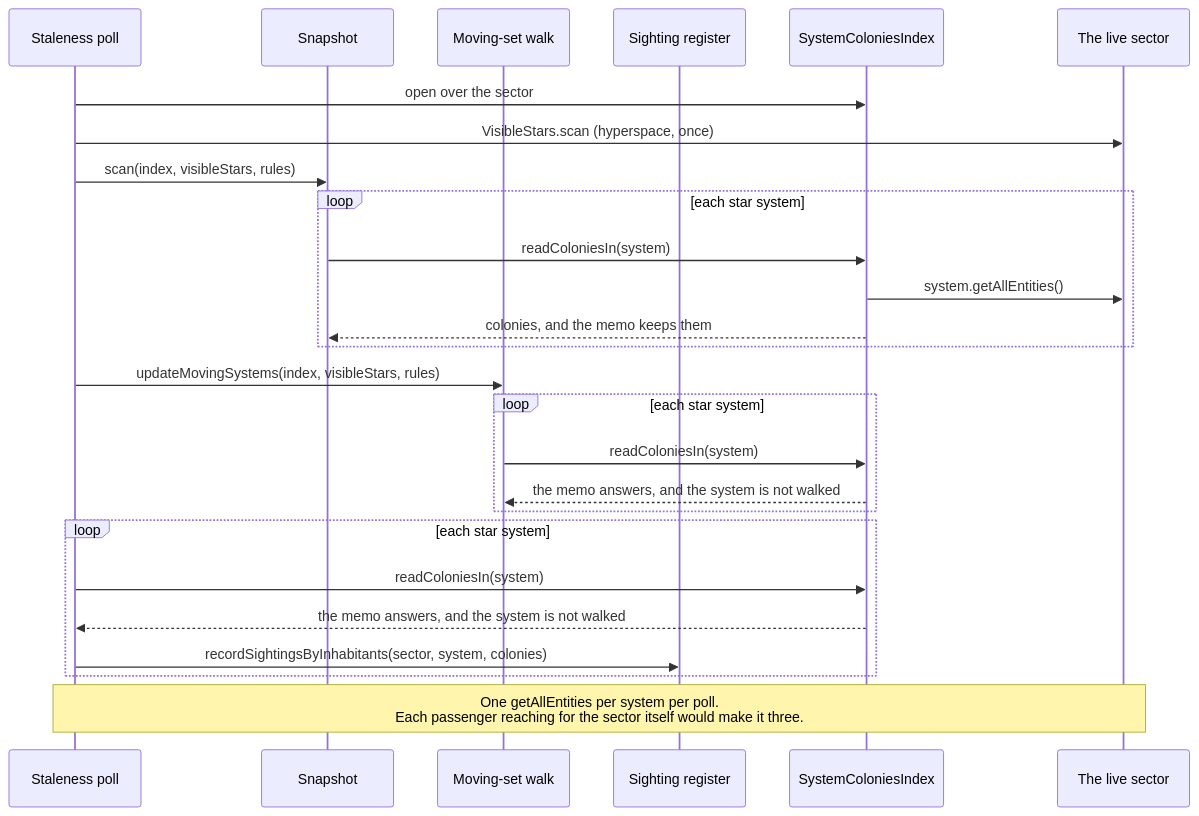
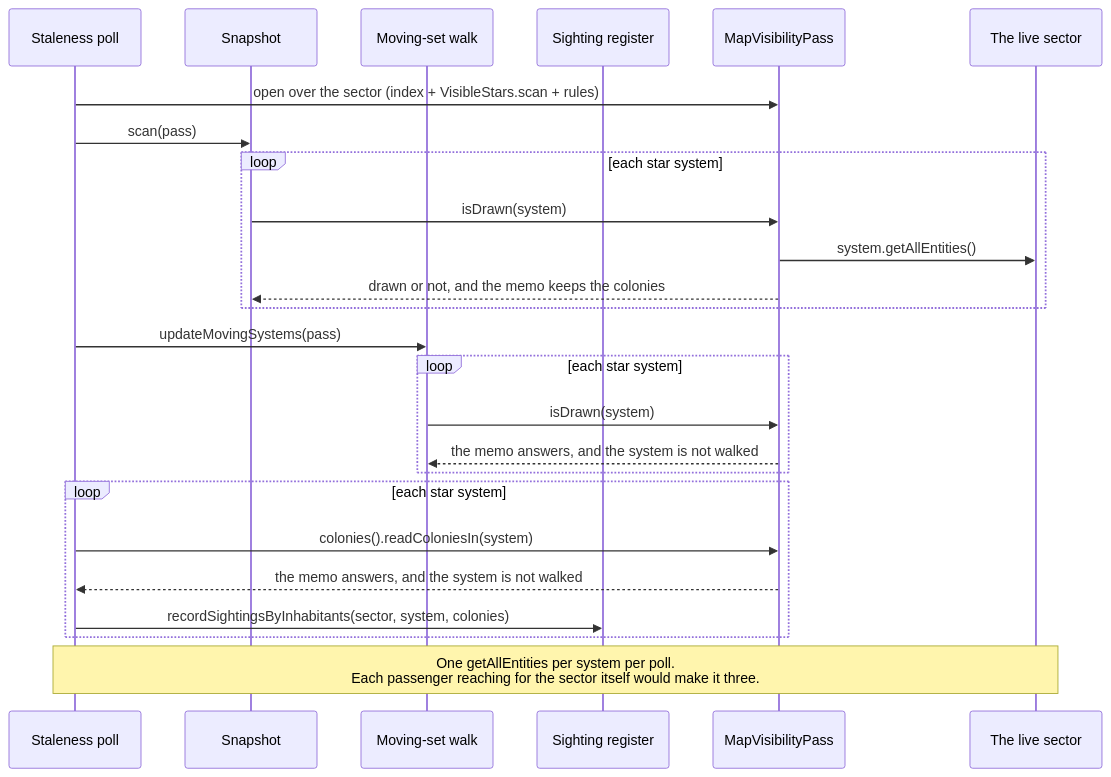
The diagram in docs/dev/caching.md (Klark-Morrigan/Starsector-Mod-KMU), drawn with Mermaid before and after one commit. The commit also changed other lines of this file and 6 other files, not shown here.

````diff
--- a/docs/dev/caching.md
+++ b/docs/dev/caching.md
@@ -97,33 +103,32 @@
 ```mermaid
 sequenceDiagram
     participant Poll as Staleness poll
     participant Snapshot
     participant Motion as Moving-set walk
     participant Register as Sighting register
-    participant Index as SystemColoniesIndex
+    participant Pass as MapVisibilityPass
     participant Sector as The live sector
 
-    Poll->>Index: open over the sector
-    Poll->>Sector: VisibleStars.scan (hyperspace, once)
+    Poll->>Pass: open over the sector (index + VisibleStars.scan + rules)
 
-    Poll->>Snapshot: scan(index, visibleStars, rules)
+    Poll->>Snapshot: scan(pass)
     loop each star system
-        Snapshot->>Index: readColoniesIn(system)
-        Index->>Sector: system.getAllEntities()
-        Index-->>Snapshot: colonies, and the memo keeps them
+        Snapshot->>Pass: isDrawn(system)
+        Pass->>Sector: system.getAllEntities()
+        Pass-->>Snapshot: drawn or not, and the memo keeps the colonies
     end
 
-    Poll->>Motion: updateMovingSystems(index, visibleStars, rules)
+    Poll->>Motion: updateMovingSystems(pass)
     loop each star system
-        Motion->>Index: readColoniesIn(system)
-        Index-->>Motion: the memo answers, and the system is not walked
+        Motion->>Pass: isDrawn(system)
+        Pass-->>Motion: the memo answers, and the system is not walked
     end
 
     loop each star system
-        Poll->>Index: readColoniesIn(system)
-        Index-->>Poll: the memo answers, and the system is not walked
+        Poll->>Pass: colonies().readColoniesIn(system)
+        Pass-->>Poll: the memo answers, and the system is not walked
         Poll->>Register: recordSightingsByInhabitants(sector, system, colonies)
     end
 
     Note over Poll,Sector: One getAllEntities per system per poll.<br/>Each passenger reaching for the sector itself would make it three.
 ```
````
